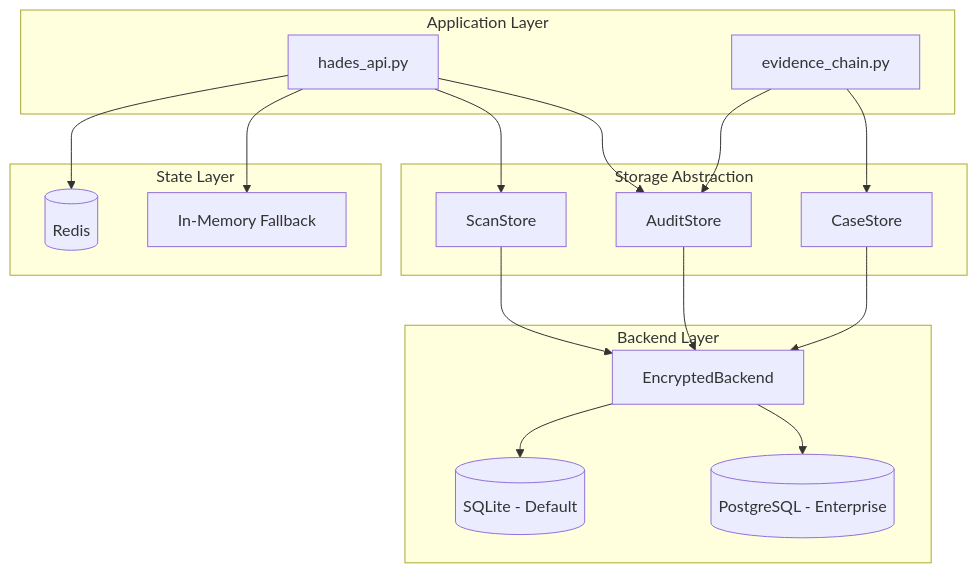
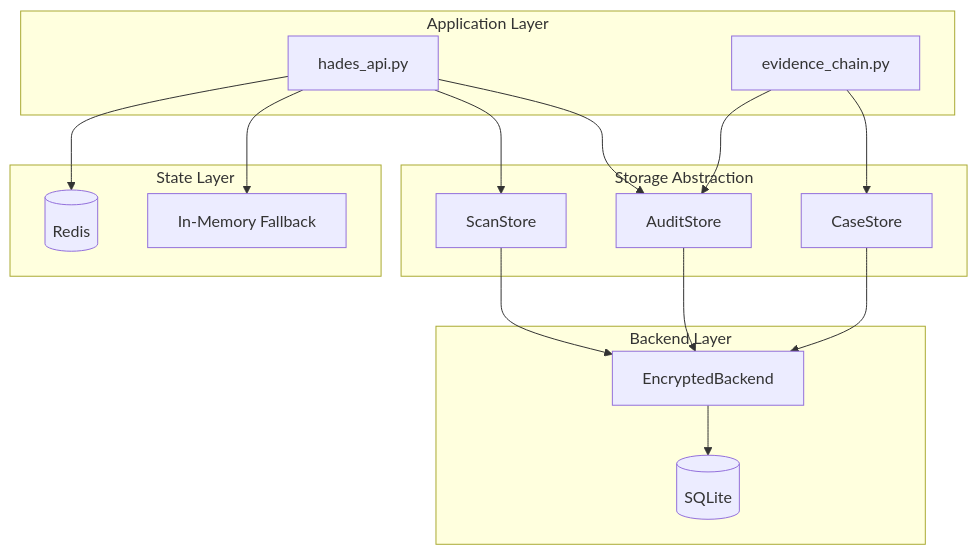
The third of 5 diagrams in docs/architecture.md (DarkHorse-InfoSec/hades-docs), drawn with Mermaid before and after one commit. The commit also changed other lines of this file and 25 other files, not shown here.

````diff
--- a/docs/architecture.md
+++ b/docs/architecture.md
@@ -210,39 +207,37 @@
 ```mermaid
 graph TB
     subgraph "Application Layer"
         API[hades_api.py]
         EVID[evidence_chain.py]
     end
 
     subgraph "Storage Abstraction"
         SS[ScanStore]
         AS[AuditStore]
         CS[CaseStore]
     end
 
     subgraph "Backend Layer"
-        SQLite[(SQLite - Default)]
-        Postgres[(PostgreSQL - Enterprise)]
+        SQLite[(SQLite)]
         ENC[EncryptedBackend]
     end
 
     subgraph "State Layer"
         Redis[(Redis)]
         Memory[In-Memory Fallback]
     end
 
     API --> SS
     API --> AS
     EVID --> AS
     EVID --> CS
 
     SS --> ENC
     AS --> ENC
     CS --> ENC
 
     ENC --> SQLite
-    ENC --> Postgres
 
     API --> Redis
     API --> Memory
 ```
````
